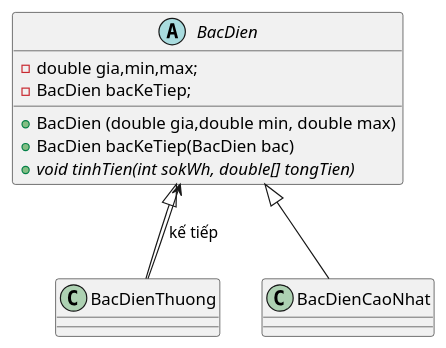
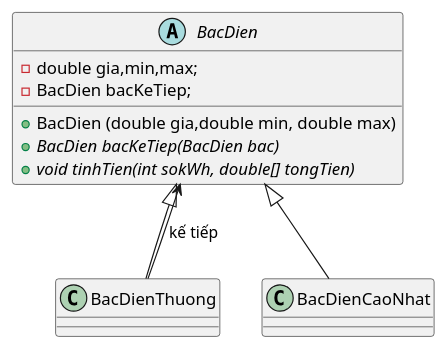
One commit to datx24/64130299_KienTrucVaThietKePhanMem changed the diagram in VD1_64130299/src/behavioral/chain_of_responsibility/BTCB3/btcb3_diagram.puml. Above: the diagram before and after it, drawn with PlantUML. The commit also changed 4 other files, not shown here.

```diff
--- a/VD1_64130299/src/behavioral/chain_of_responsibility/BTCB3/btcb3_diagram.puml
+++ b/VD1_64130299/src/behavioral/chain_of_responsibility/BTCB3/btcb3_diagram.puml
@@ -1,17 +1,17 @@
 @startuml
 'https://plantuml.com/class-diagram
 
 abstract class BacDien{
     - double gia,min,max;
     - BacDien bacKeTiep;
     + BacDien (double gia,double min, double max)
-    + BacDien bacKeTiep(BacDien bac)
+    + {abstract} BacDien bacKeTiep(BacDien bac)
     + {abstract} void tinhTien(int sokWh, double[] tongTien)
 }
 class BacDienThuong{}
 class BacDienCaoNhat{}
 
 BacDien <|-- BacDienThuong
 BacDien <|-- BacDienCaoNhat
 BacDienThuong --> BacDien: kế tiếp
 @enduml
```
